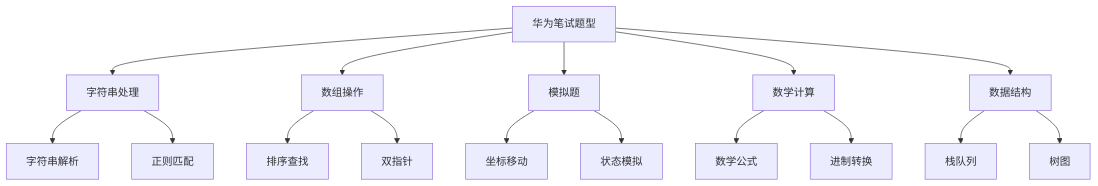
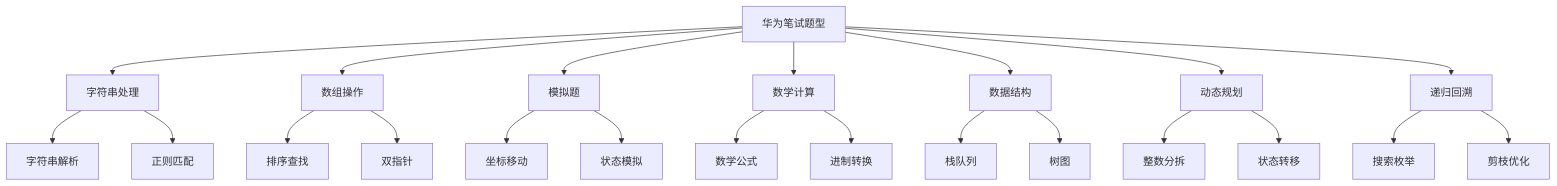
The diagram in README.md (Scorpio69t/HuaweiExam), drawn with Mermaid before and after one commit. The commit also changed other lines of this file and 3 other files, not shown here.

````diff
--- a/README.md
+++ b/README.md
@@ -88,19 +89,25 @@
 ```mermaid
 graph TD
     A[华为笔试题型] --> B[字符串处理]
     A --> C[数组操作]
     A --> D[模拟题]
     A --> E[数学计算]
     A --> F[数据结构]
+    A --> G[动态规划]
+    A --> H[递归回溯]
     
-    B --> G[字符串解析]
-    B --> H[正则匹配]
-    C --> I[排序查找]
-    C --> J[双指针]
-    D --> K[坐标移动]
-    D --> L[状态模拟]
-    E --> M[数学公式]
-    E --> N[进制转换]
-    F --> O[栈队列]
-    F --> P[树图]
+    B --> I[字符串解析]
+    B --> J[正则匹配]
+    C --> K[排序查找]
+    C --> L[双指针]
+    D --> M[坐标移动]
+    D --> N[状态模拟]
+    E --> O[数学公式]
+    E --> P[进制转换]
+    F --> Q[栈队列]
+    F --> R[树图]
+    G --> S[整数分拆]
+    G --> T[状态转移]
+    H --> U[搜索枚举]
+    H --> V[剪枝优化]
 ```
````
